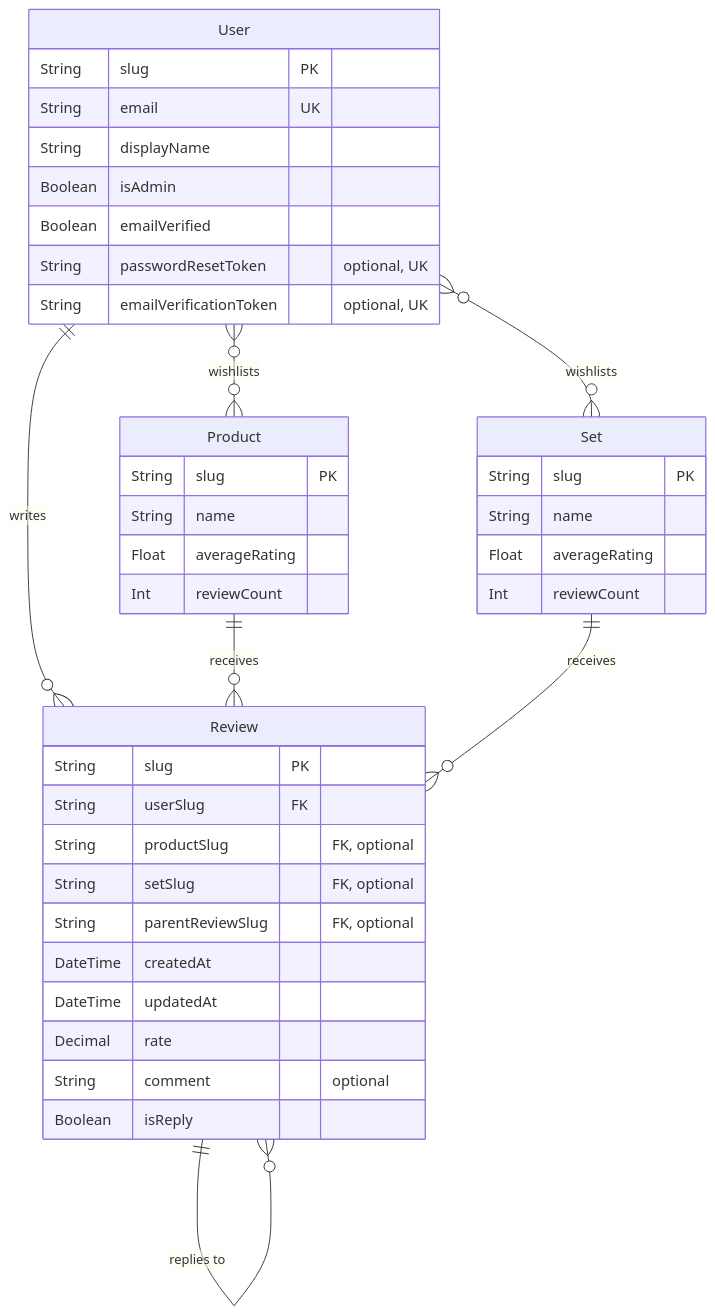
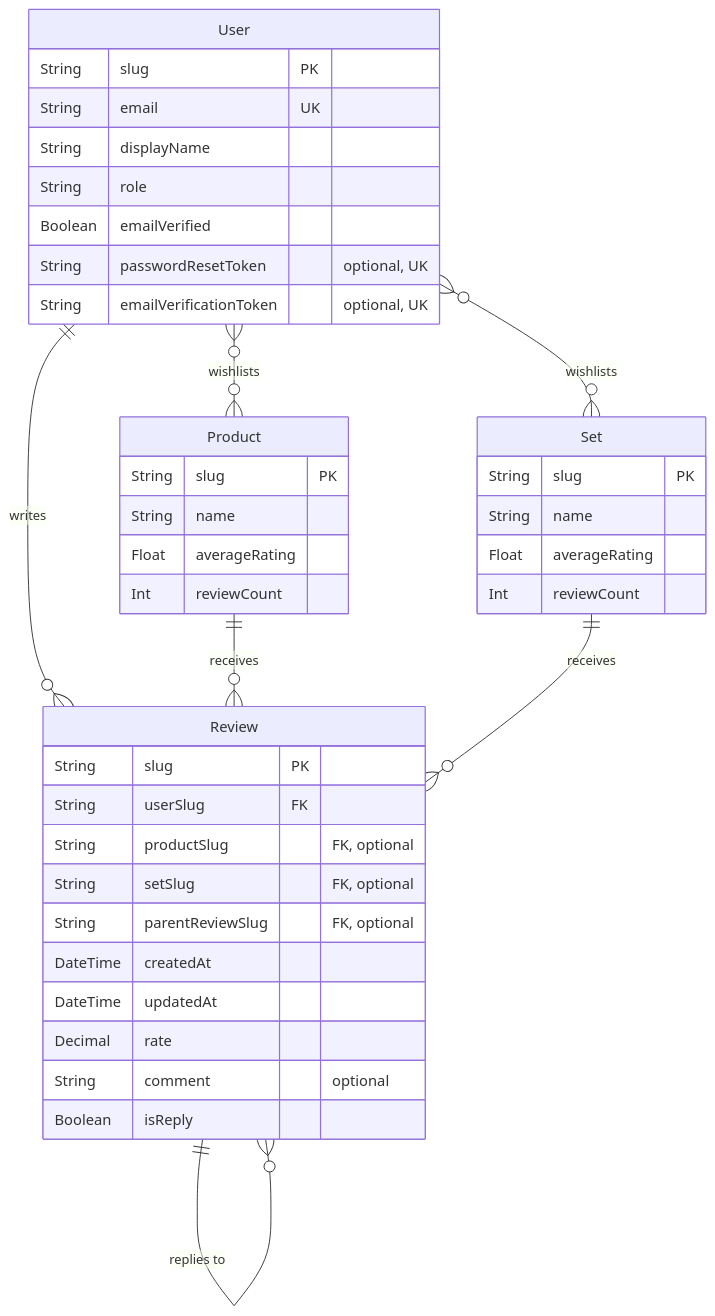
One commit to aymanbazyan/storeflow-docs changed the third of 5 diagrams in docs/01-Overview/02-Tech-Stack-Concepts.md. Above: the diagram before and after it, drawn with Mermaid. The commit also changed other lines of this file and 4 other files, not shown here.

````diff
--- a/docs/01-Overview/02-Tech-Stack-Concepts.md
+++ b/docs/01-Overview/02-Tech-Stack-Concepts.md
@@ -174,52 +174,52 @@
 ```mermaid
 erDiagram
     User {
         String slug PK
         String email UK
         String displayName
-        Boolean isAdmin
+        String role
         Boolean emailVerified
         String passwordResetToken "optional, UK"
         String emailVerificationToken "optional, UK"
     }
 
     Review {
         String slug PK
         String userSlug FK
         String productSlug "FK, optional"
         String setSlug "FK, optional"
         String parentReviewSlug "FK, optional"
         DateTime createdAt
         DateTime updatedAt
         Decimal rate
         String comment "optional"
         Boolean isReply
     }
 
     Product {
         String slug PK
         String name
         Float averageRating
         Int reviewCount
     }
 
     Set {
         String slug PK
         String name
         Float averageRating
         Int reviewCount
     }
 
     %% --- Relationships ---
 
     User ||--o{ Review : "writes"
     Product ||--o{ Review : "receives"
     Set ||--o{ Review : "receives"
 
     %% Self-referencing relationship for replies
     Review ||--o{ Review : "replies to"
 
     %% Wishlist relationships
     User }o--o{ Product : "wishlists"
     User }o--o{ Set : "wishlists"
 ```
````
